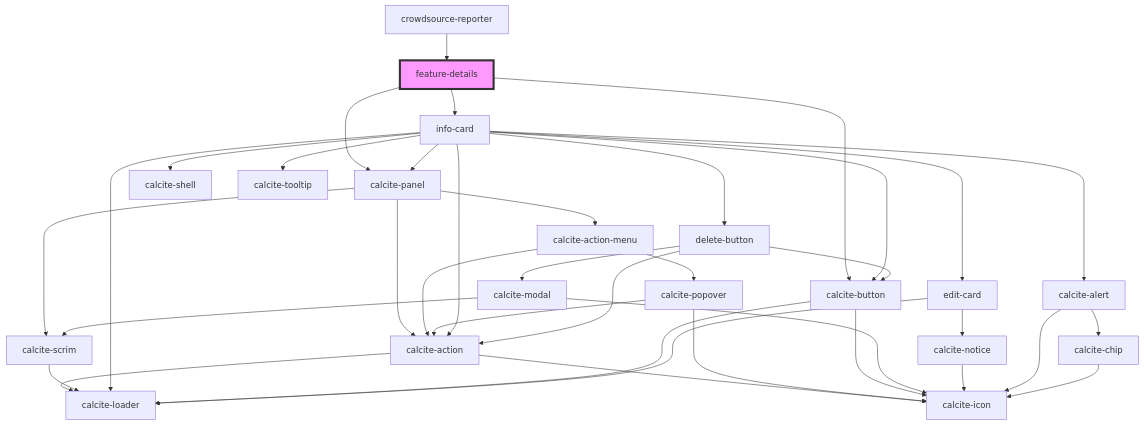
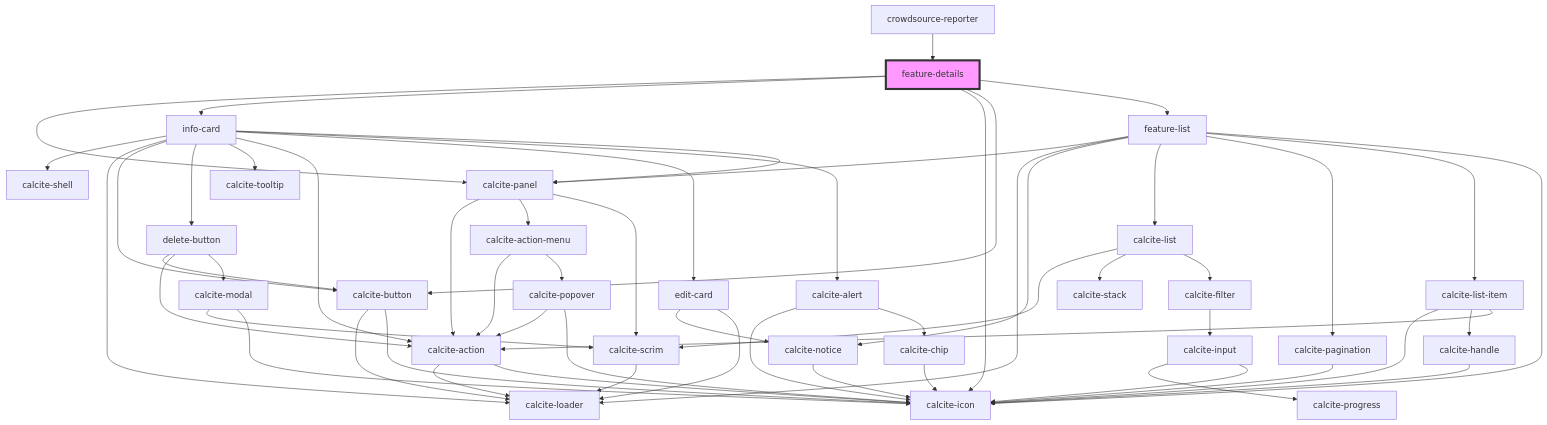
The diagram in src/components/feature-details/readme.md (Esri/solutions-components), drawn with Mermaid before and after one commit. The commit also changed other lines of this file and 6 other files, not shown here.

````diff
--- a/src/components/feature-details/readme.md
+++ b/src/components/feature-details/readme.md
@@ -86,40 +89,60 @@
 ```mermaid
 graph TD;
   feature-details --> calcite-panel
   feature-details --> info-card
+  feature-details --> calcite-icon
   feature-details --> calcite-button
+  feature-details --> feature-list
   calcite-panel --> calcite-action
   calcite-panel --> calcite-action-menu
   calcite-panel --> calcite-scrim
   calcite-action --> calcite-loader
   calcite-action --> calcite-icon
   calcite-action-menu --> calcite-action
   calcite-action-menu --> calcite-popover
   calcite-popover --> calcite-action
   calcite-popover --> calcite-icon
   calcite-scrim --> calcite-loader
   info-card --> calcite-shell
   info-card --> calcite-loader
   info-card --> calcite-button
   info-card --> delete-button
   info-card --> calcite-tooltip
   info-card --> calcite-action
   info-card --> edit-card
   info-card --> calcite-alert
   info-card --> calcite-panel
   calcite-button --> calcite-loader
   calcite-button --> calcite-icon
   delete-button --> calcite-button
   delete-button --> calcite-action
   delete-button --> calcite-modal
   calcite-modal --> calcite-scrim
   calcite-modal --> calcite-icon
   edit-card --> calcite-notice
   edit-card --> calcite-loader
   calcite-notice --> calcite-icon
   calcite-alert --> calcite-icon
   calcite-alert --> calcite-chip
   calcite-chip --> calcite-icon
+  feature-list --> calcite-panel
+  feature-list --> calcite-loader
+  feature-list --> calcite-notice
+  feature-list --> calcite-list
+  feature-list --> calcite-pagination
+  feature-list --> calcite-list-item
+  feature-list --> calcite-icon
+  calcite-list --> calcite-scrim
+  calcite-list --> calcite-stack
+  calcite-list --> calcite-filter
+  calcite-filter --> calcite-input
+  calcite-input --> calcite-progress
+  calcite-input --> calcite-icon
+  calcite-pagination --> calcite-icon
+  calcite-list-item --> calcite-icon
+  calcite-list-item --> calcite-handle
+  calcite-list-item --> calcite-action
+  calcite-handle --> calcite-icon
   crowdsource-reporter --> feature-details
   style feature-details fill:#f9f,stroke:#333,stroke-width:4px
 ```
````
